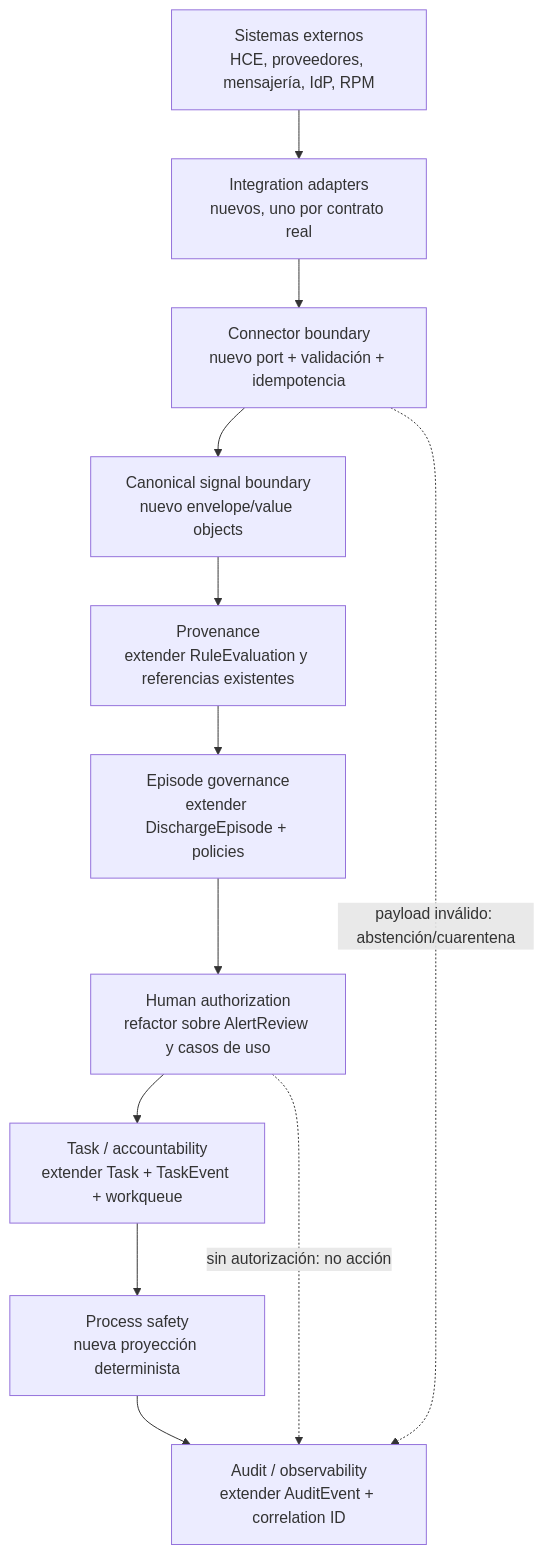
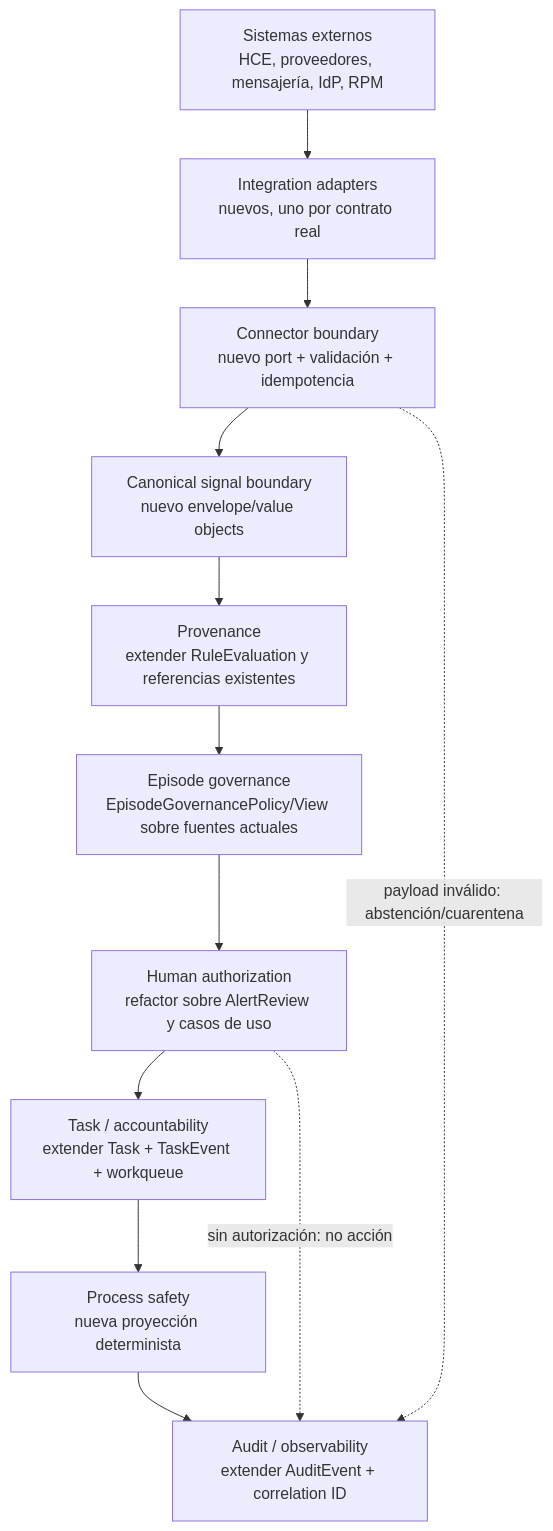
One commit to Luis195f/guardian-alta-segura changed the first of 2 diagrams in docs/architecture/gas2-target-architecture.md. Above: the diagram before and after it, drawn with Mermaid. The commit also changed other lines of this file and 22 other files, not shown here.

Commit message:
refactor(gas2): compose episode governance policy (#13)

````diff
--- a/docs/architecture/gas2-target-architecture.md
+++ b/docs/architecture/gas2-target-architecture.md
@@ -12,26 +12,26 @@
 ```mermaid
 flowchart TB
   EXT["Sistemas externos<br/>HCE, proveedores, mensajería, IdP, RPM"]
   ADAPTERS["Integration adapters<br/>nuevos, uno por contrato real"]
   CONNECTOR["Connector boundary<br/>nuevo port + validación + idempotencia"]
   SIGNAL["Canonical signal boundary<br/>nuevo envelope/value objects"]
   PROV["Provenance<br/>extender RuleEvaluation y referencias existentes"]
-  EPISODE["Episode governance<br/>extender DischargeEpisode + policies"]
+  EPISODE["Episode governance<br/>EpisodeGovernancePolicy/View sobre fuentes actuales"]
   HUMAN["Human authorization<br/>refactor sobre AlertReview y casos de uso"]
   TASK["Task / accountability<br/>extender Task + TaskEvent + workqueue"]
   PROCESS["Process safety<br/>nueva proyección determinista"]
   EVIDENCE["Audit / observability<br/>extender AuditEvent + correlation ID"]
 
   EXT --> ADAPTERS
   ADAPTERS --> CONNECTOR
   CONNECTOR --> SIGNAL
   SIGNAL --> PROV
   PROV --> EPISODE
   EPISODE --> HUMAN
   HUMAN --> TASK
   TASK --> PROCESS
   PROCESS --> EVIDENCE
 
   HUMAN -. "sin autorización: no acción" .-> EVIDENCE
   CONNECTOR -. "payload inválido: abstención/cuarentena" .-> EVIDENCE
 ```
````
